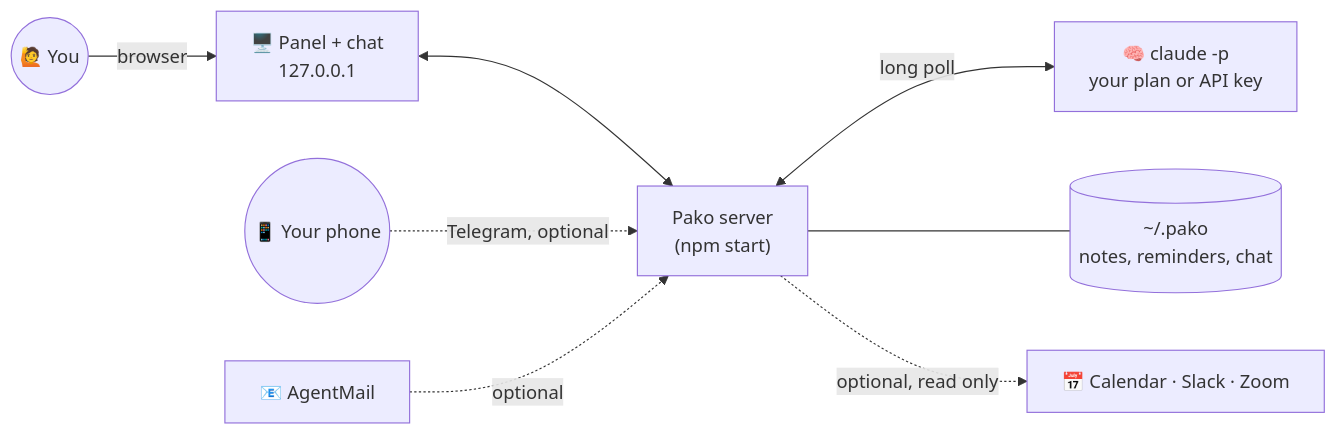
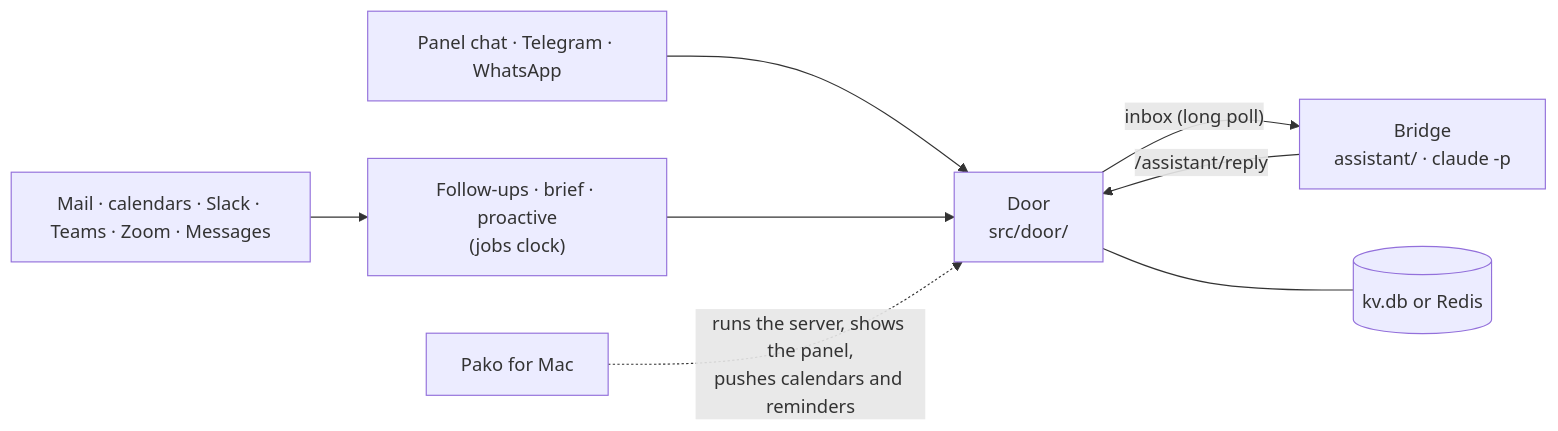
One commit to AnxovatomicaES/pako-personal-assistant changed the diagram in docs/how-it-works.md. Above: the diagram before and after it, drawn with Mermaid. The commit also changed other lines of this file and 45 other files, not shown here.

````diff
--- a/docs/how-it-works.md
+++ b/docs/how-it-works.md
@@ -9,10 +45,10 @@
 ```mermaid
 flowchart LR
-    you(("🙋 You")) -- browser --> panel["🖥️ Panel + chat<br/>127.0.0.1"]
-    panel <--> server["Pako server<br/>(npm start)"]
-    server <-- long poll --> brain["🧠 claude -p<br/>your plan or API key"]
-    phone(("📱 Your phone")) -. Telegram, optional .-> server
-    server --- home[("~/.pako<br/>notes, reminders, chat")]
-    mail["📧 AgentMail"] -. optional .-> server
-    server -. optional, read only .-> cal["📅 Calendar · Slack · Zoom"]
+    chats["Panel chat · Telegram · WhatsApp"] --> door["Door<br/>src/door/"]
+    door -- "inbox (long poll)" --> bridge["Bridge<br/>assistant/ · claude -p"]
+    bridge -- "/assistant/reply" --> door
+    sources["Mail · calendars · Slack · Teams · Zoom · Messages"] --> engines["Follow-ups · brief · proactive<br/>(jobs clock)"]
+    engines --> door
+    door --- store[("kv.db or Redis")]
+    mac["Pako for Mac"] -. "runs the server, shows the panel,<br/>pushes calendars and reminders" .-> door
 ```
````
